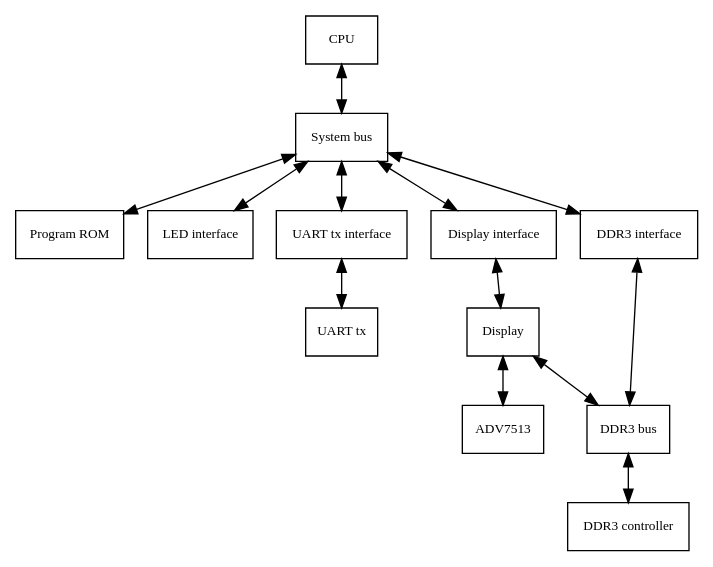
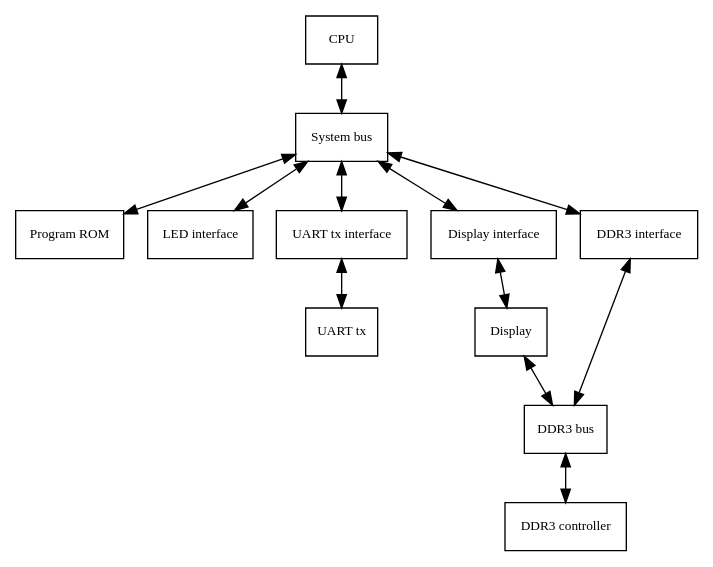
Before and after one commit to xenowing/xenowing: the diagram in doc/mem_topology.dot, drawn with Graphviz. The commit also changed 6 other files, not shown here.

```diff
--- a/doc/mem_topology.dot
+++ b/doc/mem_topology.dot
@@ -1,47 +1,43 @@
 digraph mem_topology {
     graph [fontsize=10 fontname="Verdana" compound=true];
     node [shape=record fontsize=10 fontname="Verdana"];
 
     cpu [label="CPU"];
     system_bus [label="System bus"];
     program_rom [label="Program ROM"];
     led_interface [label="LED interface"];
     uart_tx_interface [label="UART tx interface"];
 
     display_interface [label="Display interface"];
 
     ddr3_interface [label="DDR3 interface"];
 
     uart_tx [label="UART tx"];
 
     display [label="Display"];
 
-    adv7513 [label="ADV7513"];
-
     ddr3_bus [label="DDR3 bus"];
 
     ddr3_controller [label="DDR3 controller"];
 
     cpu -> system_bus [dir="both"];
     system_bus -> program_rom [dir="both"];
     system_bus -> led_interface [dir="both"];
     system_bus -> uart_tx_interface [dir="both"];
     system_bus -> ddr3_interface [dir="both"];
     system_bus -> display_interface [dir="both"];
 
     uart_tx_interface -> uart_tx [dir="both"];
 
     display_interface -> display [dir="both"];
 
     ddr3_interface -> ddr3_bus [dir="both"];
 
-    display -> adv7513 [dir="both"];
     display -> ddr3_bus [dir="both"];
 
     ddr3_bus -> ddr3_controller [dir="both"];
 
     { rank=same; program_rom led_interface uart_tx_interface display_interface ddr3_interface }
     { rank=same; uart_tx display }
-    { rank=same; adv7513 ddr3_bus }
     { rank=same; ddr3_controller }
 }
```
